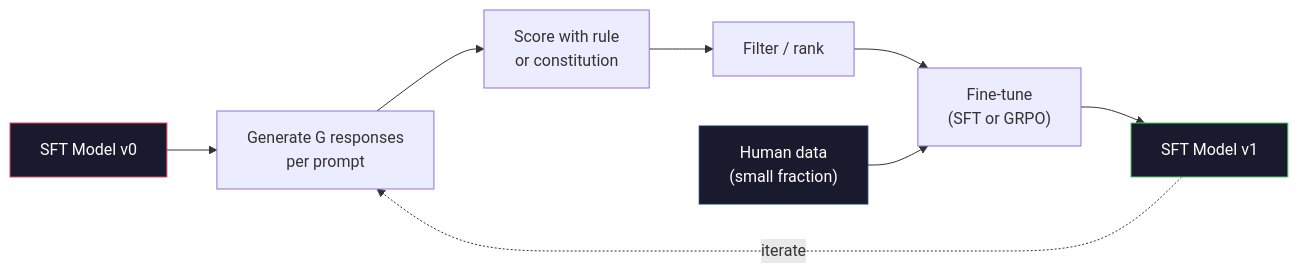
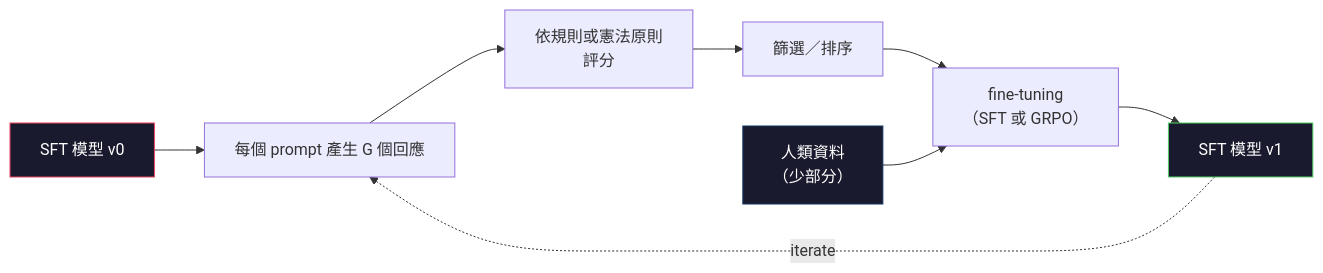
The second of 2 diagrams in i18n/zh-TW/phases/10-llms-from-scratch/09-constitutional-ai-self-improvement/docs/zh-TW.md (edward821220/ai-engineering-from-scratch), drawn with Mermaid before and after one commit. The commit also changed other lines of this file and 123 other files, not shown here.

````diff
--- a/i18n/zh-TW/phases/10-llms-from-scratch/09-constitutional-ai-self-improvement/docs/zh-TW.md
+++ b/i18n/zh-TW/phases/10-llms-from-scratch/09-constitutional-ai-self-improvement/docs/zh-TW.md
@@ -139,15 +139,15 @@
 ```mermaid
 graph LR
-    M0["SFT Model v0"] --> G["Generate G responses\nper prompt"]
-    G --> S["Score with rule\nor constitution"]
-    S --> F["Filter / rank"]
-    F --> T["Fine-tune\n(SFT or GRPO)"]
-    T --> M1["SFT Model v1"]
+    M0["SFT 模型 v0"] --> G["每個 prompt 產生 G 個回應"]
+    G --> S["依規則或憲法原則\n評分"]
+    S --> F["篩選／排序"]
+    F --> T["fine-tuning\n（SFT 或 GRPO）"]
+    T --> M1["SFT 模型 v1"]
     M1 -.->|iterate| G
 
-    H["Human data\n(small fraction)"] --> T
+    H["人類資料\n（少部分）"] --> T
 
     style M0 fill:#1a1a2e,stroke:#e94560,color:#fff
     style M1 fill:#1a1a2e,stroke:#51cf66,color:#fff
     style H fill:#1a1a2e,stroke:#0f3460,color:#fff
 ```
````
